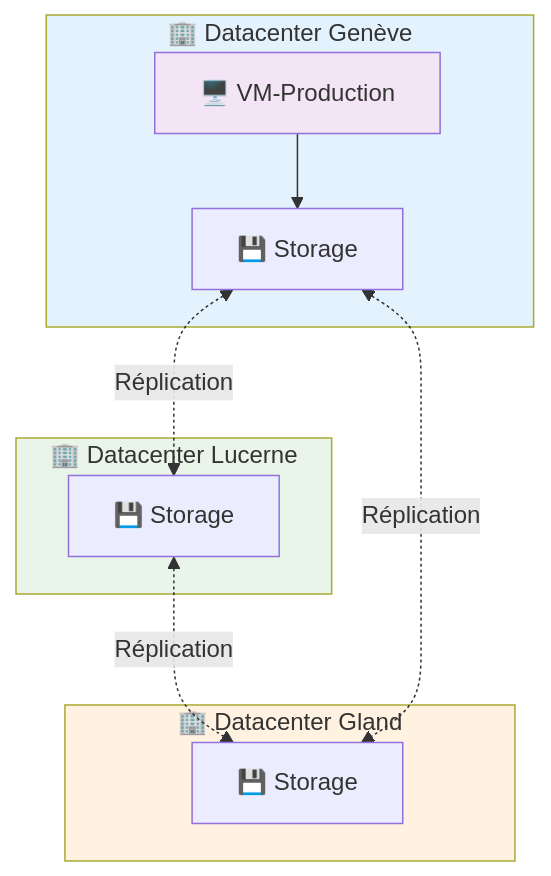
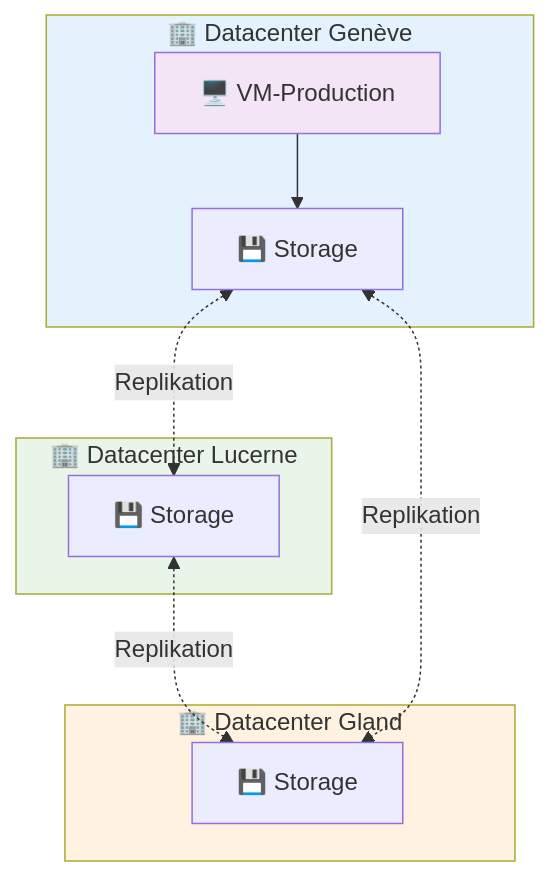
The diagram in i18n/de/docusaurus-plugin-content-docs/current/services/compute/overview.md (HidoraSwiss/hikube-public-doc), drawn with Mermaid before and after one commit. The commit also changed other lines of this file and 121 other files, not shown here.

````diff
--- a/i18n/de/docusaurus-plugin-content-docs/current/services/compute/overview.md
+++ b/i18n/de/docusaurus-plugin-content-docs/current/services/compute/overview.md
@@ -36,29 +36,29 @@
 ```mermaid
 flowchart TD
     subgraph DC1["🏢 Datacenter Genève"]
         VM1["🖥️ VM-Production"]
         STORAGE1["💾 Storage"]
     end
-    
+
     subgraph DC2["🏢 Datacenter Lucerne"]
         STORAGE2["💾 Storage"]
     end
-    
+
     subgraph DC3["🏢 Datacenter Gland"]
         STORAGE3["💾 Storage"]
     end
-    
-    %% VM utilise le stockage local
+
+    %% VM nutzt den lokalen Speicher
     VM1 --> STORAGE1
-    
-    %% Réplication du stockage entre les 3 DC
-    STORAGE1 <-.->|"Réplication"| STORAGE2
-    STORAGE2 <-.->|"Réplication"| STORAGE3
-    STORAGE1 <-.->|"Réplication"| STORAGE3
-    
+
+    %% Replikation des Speichers zwischen den 3 DC
+    STORAGE1 <-.->|"Replikation"| STORAGE2
+    STORAGE2 <-.->|"Replikation"| STORAGE3
+    STORAGE1 <-.->|"Replikation"| STORAGE3
+
     %% Styles
     style DC1 fill:#e3f2fd
     style DC2 fill:#e8f5e8
     style DC3 fill:#fff2e1
     style VM1 fill:#f3e5f5
 ```
````
